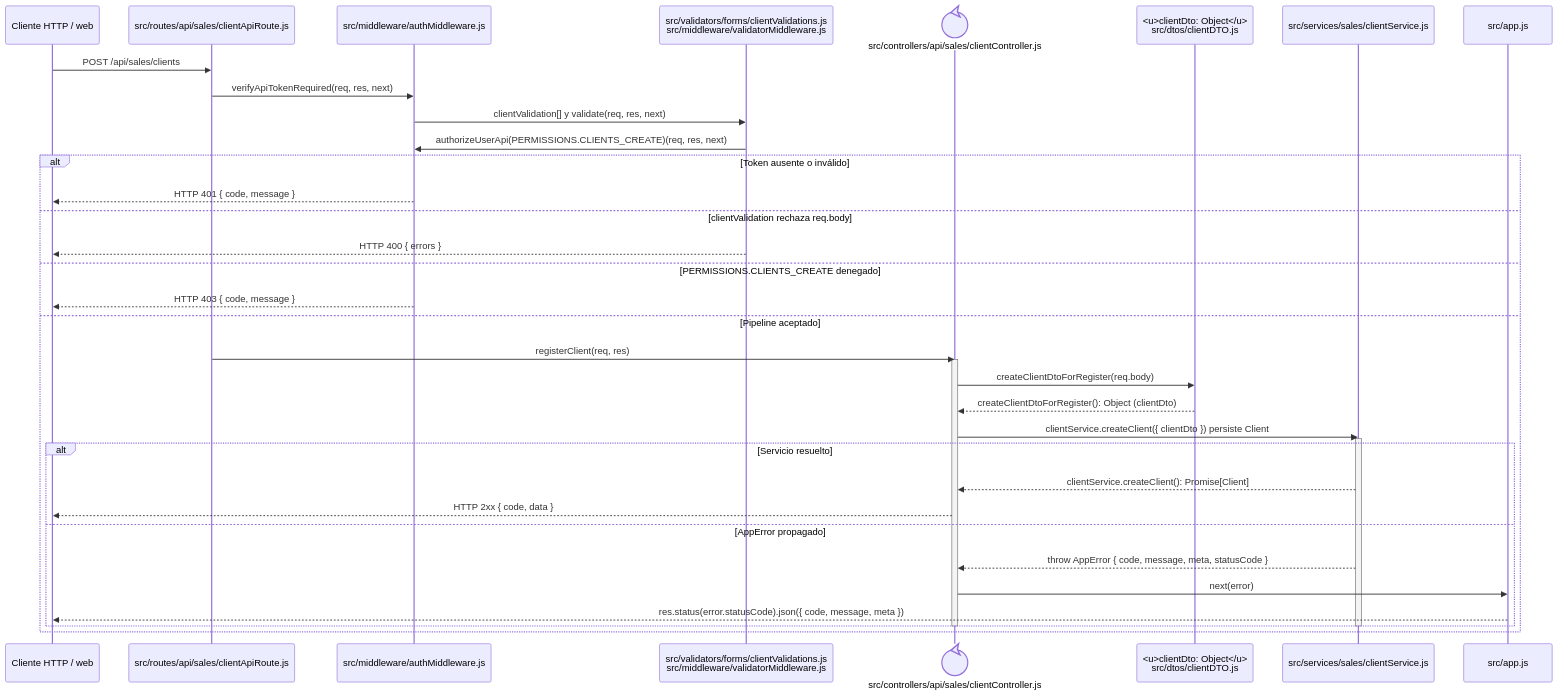
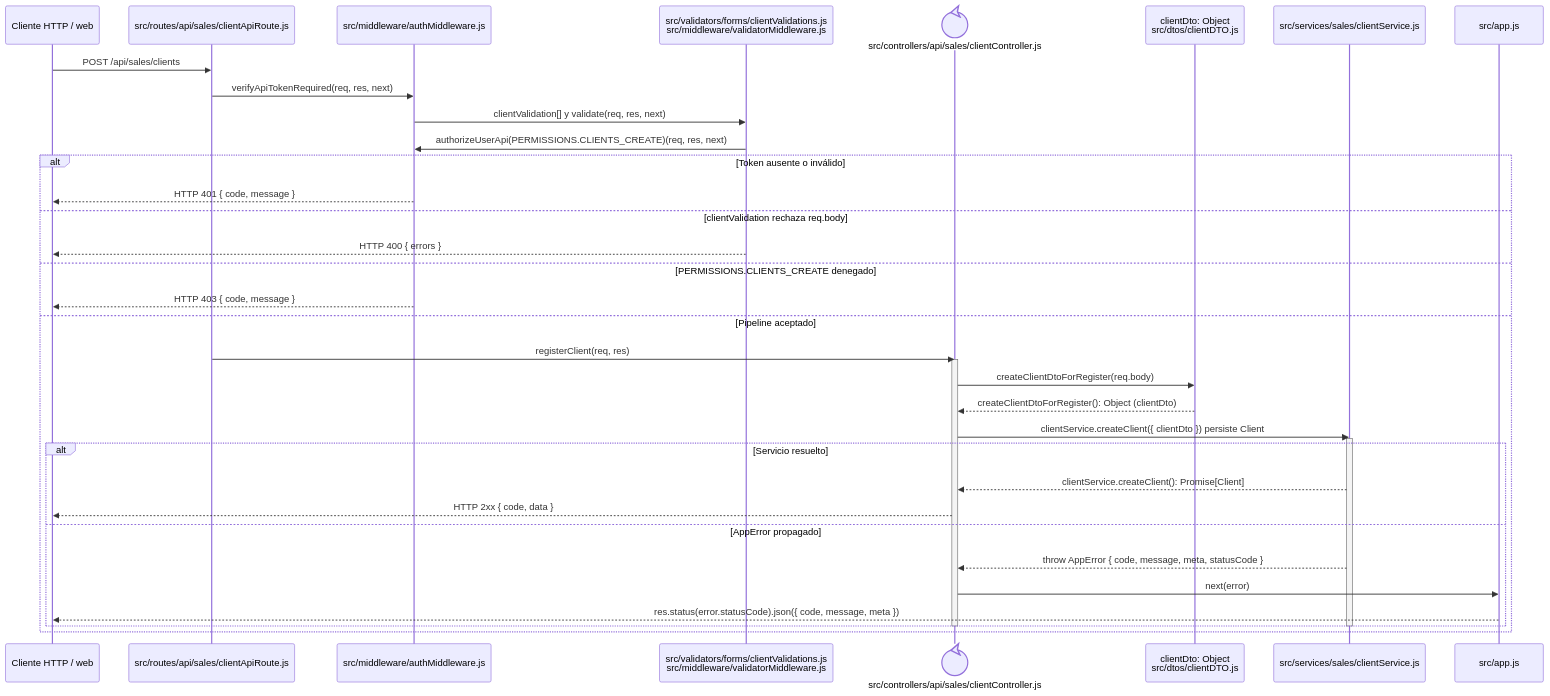
The diagram in docs/architecture/backend-code-sequences/catalogs/cu-cat-06.md (gpgsistemas01/nexus), drawn with Mermaid before and after one commit. The commit also changed 38 other files, not shown here.

````diff
--- a/docs/architecture/backend-code-sequences/catalogs/cu-cat-06.md
+++ b/docs/architecture/backend-code-sequences/catalogs/cu-cat-06.md
@@ -10,40 +10,40 @@
 ```mermaid
 sequenceDiagram
     participant Client as Cliente HTTP / web
     participant Route as src/routes/api/sales/clientApiRoute.js
     participant Auth as src/middleware/authMiddleware.js
     participant Validator as src/validators/forms/clientValidations.js<br/>src/middleware/validatorMiddleware.js
     participant Controller@{ "type": "control" } as src/controllers/api/sales/clientController.js
-    participant ClientDto as <u>clientDto: Object</u><br/>src/dtos/clientDTO.js
+    participant ClientDto as clientDto: Object<br/>src/dtos/clientDTO.js
     participant Domain as src/services/sales/clientService.js
     participant ErrorHandler as src/app.js
 
     Client->>Route: POST /api/sales/clients
     Route->>Auth: verifyApiTokenRequired(req, res, next)
     Auth->>Validator: clientValidation[] y validate(req, res, next)
     Validator->>Auth: authorizeUserApi(PERMISSIONS.CLIENTS_CREATE)(req, res, next)
     alt Token ausente o inválido
         Auth-->>Client: HTTP 401 { code, message }
     else clientValidation rechaza req.body
         Validator-->>Client: HTTP 400 { errors }
     else PERMISSIONS.CLIENTS_CREATE denegado
         Auth-->>Client: HTTP 403 { code, message }
     else Pipeline aceptado
         Route->>Controller: registerClient(req, res)
         activate Controller
         Controller->>ClientDto: createClientDtoForRegister(req.body)
         ClientDto-->>Controller: createClientDtoForRegister(): Object (clientDto)
         Controller->>Domain: clientService.createClient({ clientDto }) persiste Client
         activate Domain
         alt Servicio resuelto
             Domain-->>Controller: clientService.createClient(): Promise[Client]
             Controller-->>Client: HTTP 2xx { code, data }
         else AppError propagado
             Domain-->>Controller: throw AppError { code, message, meta, statusCode }
             Controller->>ErrorHandler: next(error)
             ErrorHandler-->>Client: res.status(error.statusCode).json({ code, message, meta })
         end
         deactivate Domain
         deactivate Controller
     end
 ```
````
